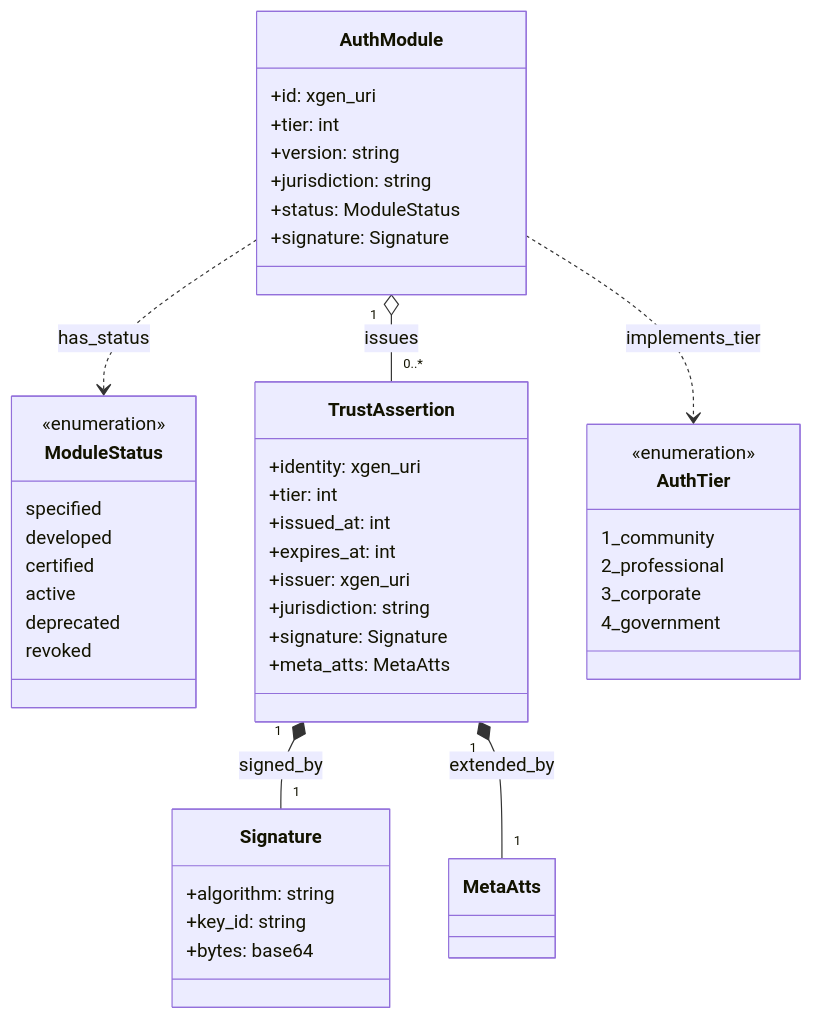
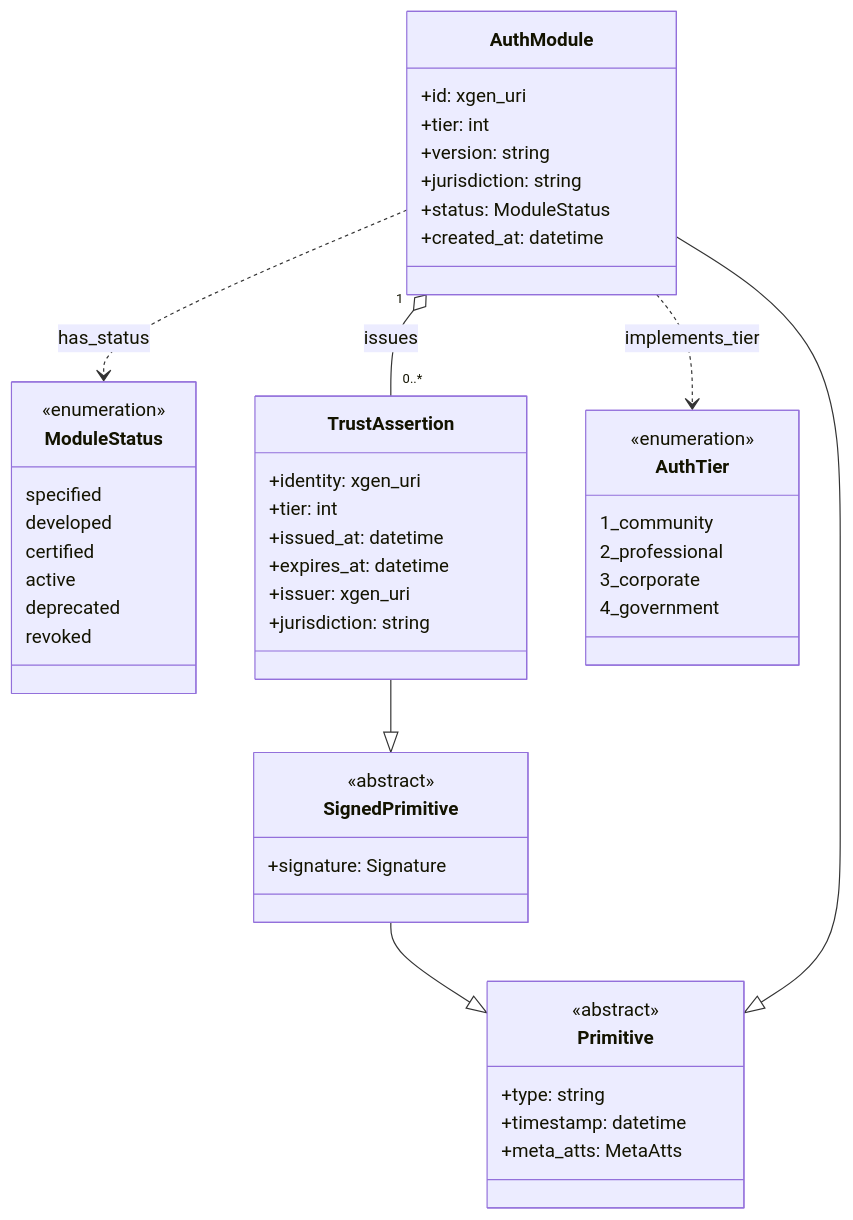
Before and after one commit to ianus777/XGenProtocol: the ninth of 15 diagrams in docs/xgen_appendix_c_en.md, drawn with Mermaid. The commit also changed other lines of this file and 1 other file, not shown here.

````diff
--- a/docs/xgen_appendix_c_en.md
+++ b/docs/xgen_appendix_c_en.md
@@ -638,48 +763,52 @@
 ```mermaid
 classDiagram
+    class Primitive {
+        <<abstract>>
+        +type: string
+        +timestamp: datetime
+        +meta_atts: MetaAtts
+    }
+    class SignedPrimitive {
+        <<abstract>>
+        +signature: Signature
+    }
     class AuthModule {
         +id: xgen_uri
         +tier: int
         +version: string
         +jurisdiction: string
         +status: ModuleStatus
-        +signature: Signature
+        +created_at: datetime
     }
     class ModuleStatus {
         <<enumeration>>
         specified
         developed
         certified
         active
         deprecated
         revoked
     }
     class TrustAssertion {
         +identity: xgen_uri
         +tier: int
-        +issued_at: int
-        +expires_at: int
+        +issued_at: datetime
+        +expires_at: datetime
         +issuer: xgen_uri
         +jurisdiction: string
-        +signature: Signature
-        +meta_atts: MetaAtts
     }
     class AuthTier {
         <<enumeration>>
         1_community
         2_professional
         3_corporate
         4_government
     }
-    class Signature {
-        +algorithm: string
-        +key_id: string
-        +bytes: base64
-    }
 
+    SignedPrimitive --|> Primitive
+    AuthModule --|> Primitive
+    TrustAssertion --|> SignedPrimitive
     AuthModule ..> ModuleStatus : has_status
     AuthModule ..> AuthTier : implements_tier
     AuthModule "1" o-- "0..*" TrustAssertion : issues
-    TrustAssertion "1" *-- "1" Signature : signed_by
-    TrustAssertion "1" *-- "1" MetaAtts : extended_by
 ```
````
